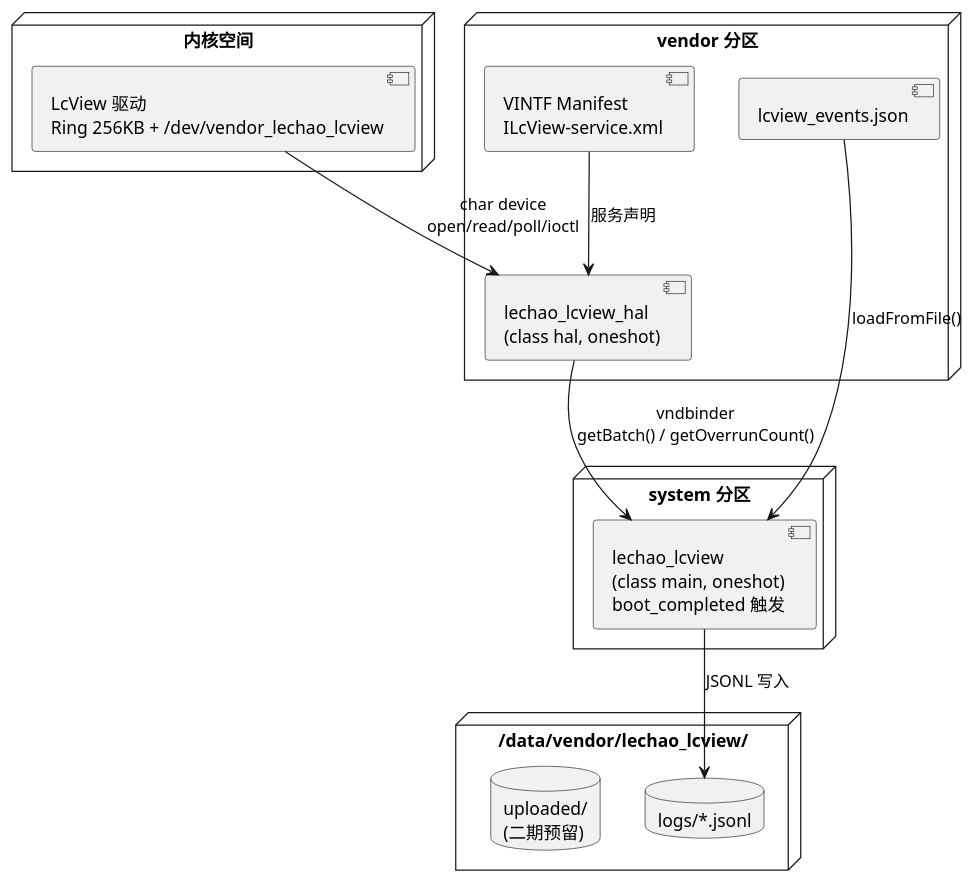
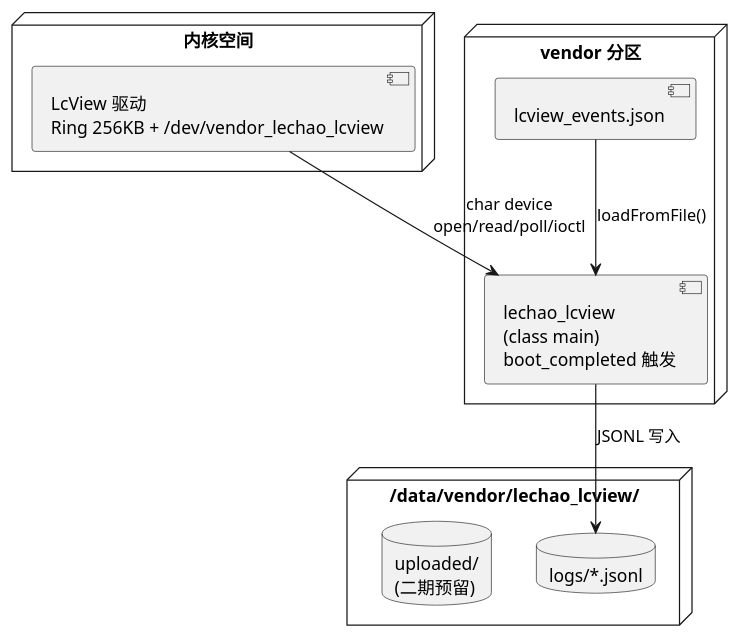
Before and after one commit to lechao365/AndroidSystemEnhance: the fifth of 6 diagrams in docs/01-打点增强/README.md, drawn with PlantUML. The commit also changed other lines of this file and 199 other files, not shown here.

````diff
--- a/docs/01-打点增强/README.md
+++ b/docs/01-打点增强/README.md
@@ -205,30 +188,23 @@
 ```plantuml
 @startuml
 skinparam nodeStyle rectangle
 
 node "内核空间" {
     component "LcView 驱动\nRing 256KB + /dev/vendor_lechao_lcview" as KDRV
 }
 
 node "vendor 分区" {
-    component "lechao_lcview_hal\n(class hal, oneshot)" as HALP
-    component "VINTF Manifest\nILcView-service.xml" as VINTF
+    component "lechao_lcview\n(class main)\nboot_completed 触发" as DAEMONP
     component "lcview_events.json" as SCHEMA
-}
-
-node "system 分区" {
-    component "lechao_lcview\n(class main, oneshot)\nboot_completed 触发" as DAEMONP
 }
 
 node "/data/vendor/lechao_lcview/" {
     database "logs/*.jsonl" as LOGS
     database "uploaded/\n(二期预留)" as UPLOADED
 }
 
-KDRV --> HALP : char device\nopen/read/poll/ioctl
-HALP --> DAEMONP : vndbinder\ngetBatch() / getOverrunCount()
+KDRV --> DAEMONP : char device\nopen/read/poll/ioctl
 SCHEMA --> DAEMONP : loadFromFile()
-VINTF --> HALP : 服务声明
 DAEMONP --> LOGS : JSONL 写入
 @enduml
 ```
````
